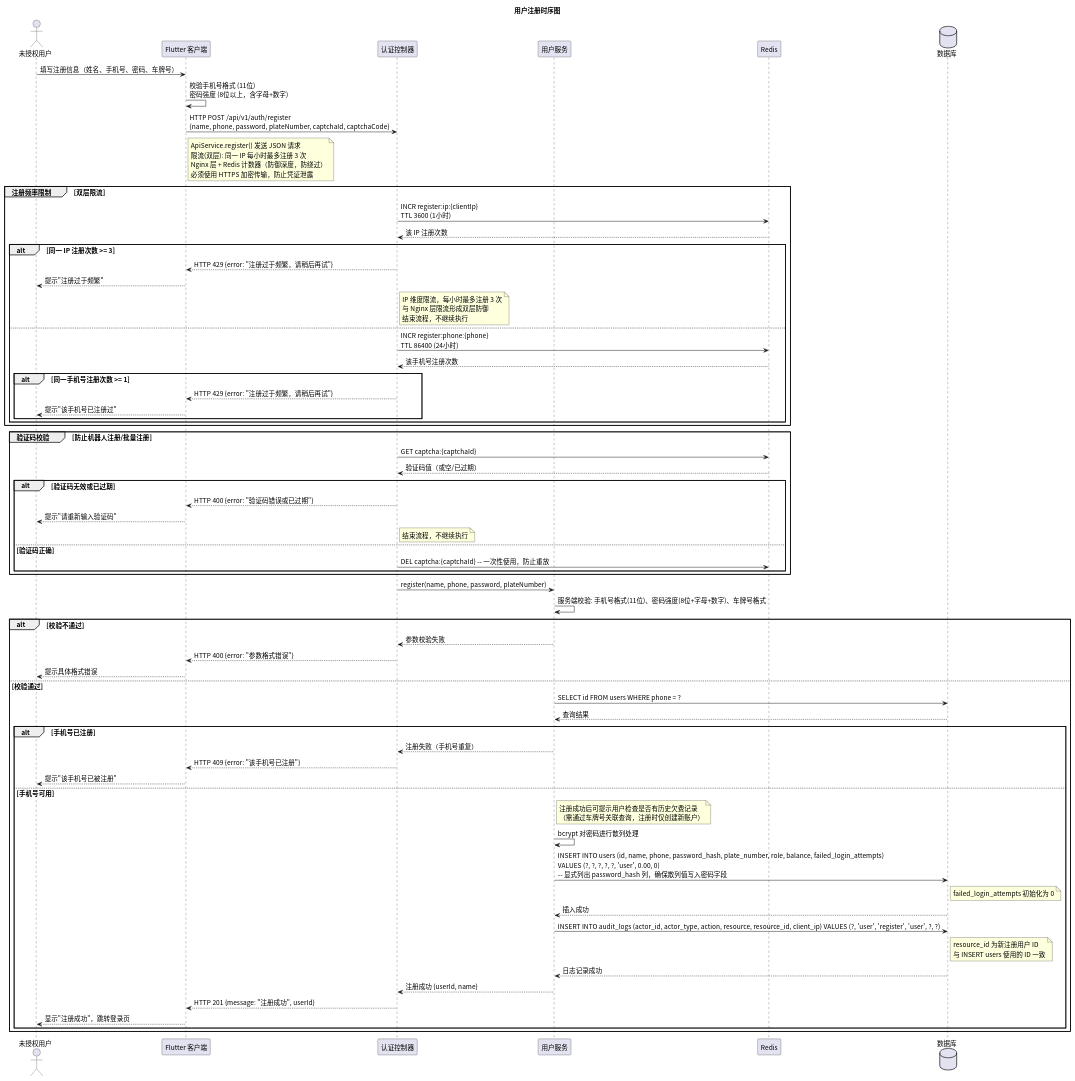
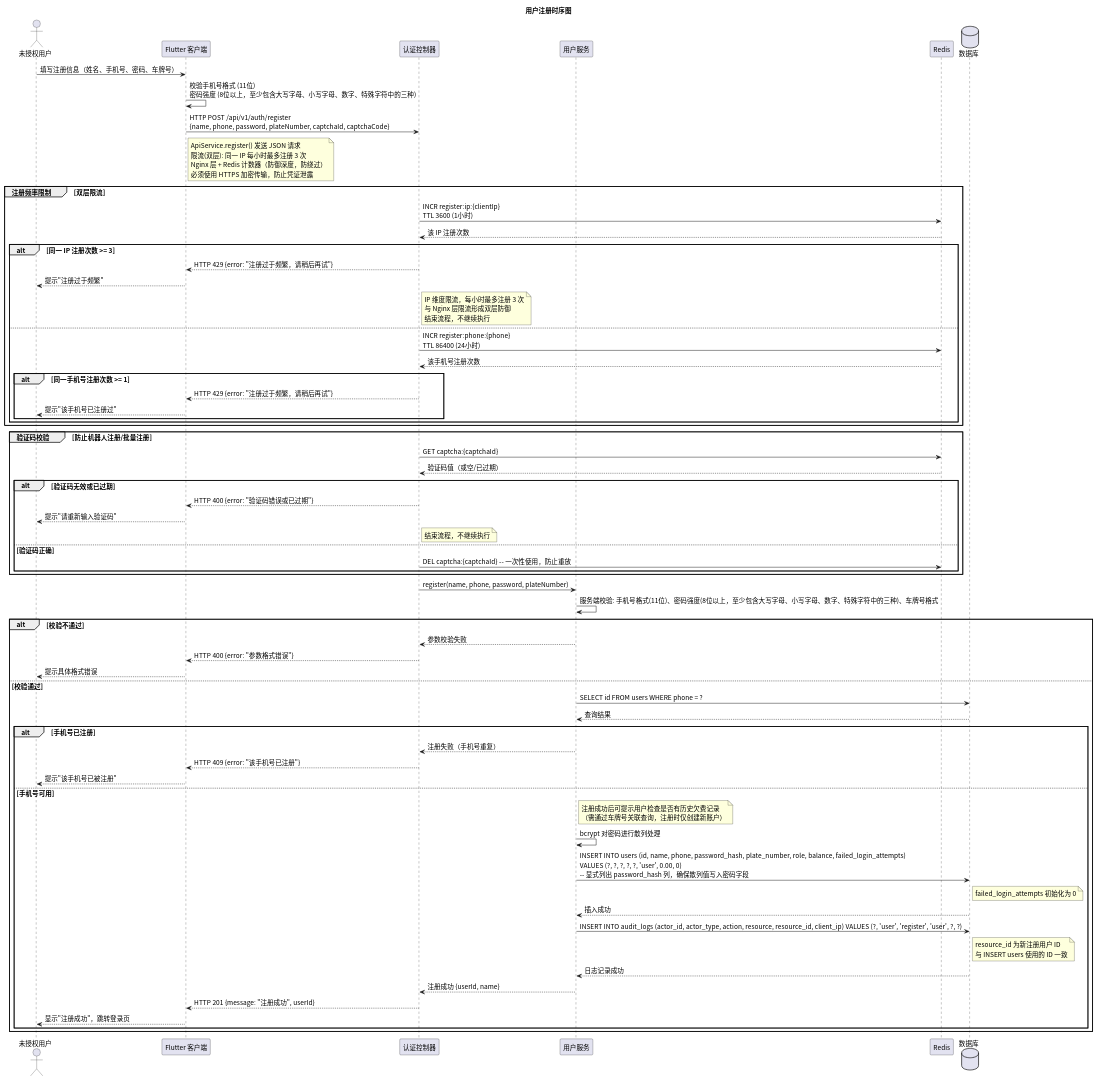
Before and after one commit to greenhandzdl/charging-station-doc: the diagram in time/src/sequence_register.puml, drawn with PlantUML. The commit also changed 32 other files, not shown here.

```diff
--- a/time/src/sequence_register.puml
+++ b/time/src/sequence_register.puml
@@ -1,80 +1,80 @@
 @startuml
 skinparam defaultFontName "Noto Sans CJK SC"
 skinparam defaultFontSize 14
 title 用户注册时序图
 
 ' 所有 SQL 操作使用 PreparedStatement 参数绑定，禁止字符串拼接
 actor 未授权用户 as U
 participant "Flutter 客户端" as FE
 participant "认证控制器" as Ctrl
 participant "用户服务" as US
 participant "Redis" as Cache
 database 数据库 as DB
 
 U -> FE: 填写注册信息（姓名、手机号、密码、车牌号）
-FE -> FE: 校验手机号格式 (11位)\n密码强度 (8位以上，含字母+数字)
+FE -> FE: 校验手机号格式 (11位)\n密码强度 (8位以上，至少包含大写字母、小写字母、数字、特殊字符中的三种)
 FE -> Ctrl: HTTP POST /api/v1/auth/register\n{name, phone, password, plateNumber, captchaId, captchaCode}
 note right FE : ApiService.register() 发送 JSON 请求\n限流(双层): 同一 IP 每小时最多注册 3 次\nNginx 层 + Redis 计数器（防御深度，防绕过）\n必须使用 HTTPS 加密传输，防止凭证泄露
 
 
 group 注册频率限制 [双层限流]
   Ctrl -> Cache: INCR register:ip:{clientIp}\nTTL 3600 (1小时)
   Cache --> Ctrl: 该 IP 注册次数
 
   alt 同一 IP 注册次数 >= 3
     Ctrl --> FE: HTTP 429 {error: "注册过于频繁，请稍后再试"}
     FE --> U: 提示"注册过于频繁"
     note right Ctrl : IP 维度限流，每小时最多注册 3 次\n与 Nginx 层限流形成双层防御\n结束流程，不继续执行
   else
     Ctrl -> Cache: INCR register:phone:{phone}\nTTL 86400 (24小时)
     Cache --> Ctrl: 该手机号注册次数
     alt 同一手机号注册次数 >= 1
       Ctrl --> FE: HTTP 429 {error: "注册过于频繁，请稍后再试"}
       FE --> U: 提示"该手机号已注册过"
     end
   end
 end
 
 group 验证码校验 [防止机器人注册/批量注册]
   Ctrl -> Cache: GET captcha:{captchaId}
   Cache --> Ctrl: 验证码值（或空/已过期）
 
   alt 验证码无效或已过期
     Ctrl --> FE: HTTP 400 {error: "验证码错误或已过期"}
     FE --> U: 提示"请重新输入验证码"
     note right Ctrl : 结束流程，不继续执行
   else 验证码正确
     Ctrl -> Cache: DEL captcha:{captchaId} -- 一次性使用，防止重放
   end
 end
 
 Ctrl -> US: register(name, phone, password, plateNumber)
-US -> US: 服务端校验: 手机号格式(11位)、密码强度(8位+字母+数字)、车牌号格式
+US -> US: 服务端校验: 手机号格式(11位)、密码强度(8位以上，至少包含大写字母、小写字母、数字、特殊字符中的三种)、车牌号格式
 
 alt 校验不通过
   US --> Ctrl: 参数校验失败
   Ctrl --> FE: HTTP 400 {error: "参数格式错误"}
   FE --> U: 提示具体格式错误
 else 校验通过
   US -> DB: SELECT id FROM users WHERE phone = ?
   DB --> US: 查询结果
 
   alt 手机号已注册
     US --> Ctrl: 注册失败（手机号重复）
     Ctrl --> FE: HTTP 409 {error: "该手机号已注册"}
     FE --> U: 提示"该手机号已被注册"
   else 手机号可用
     note right US : 注册成功后可提示用户检查是否有历史欠费记录\n（需通过车牌号关联查询，注册时仅创建新账户）
     US -> US: bcrypt 对密码进行散列处理
     US -> DB: INSERT INTO users (id, name, phone, password_hash, plate_number, role, balance, failed_login_attempts)\nVALUES (?, ?, ?, ?, ?, 'user', 0.00, 0)\n-- 显式列出 password_hash 列，确保散列值写入密码字段
     note right DB : failed_login_attempts 初始化为 0
     DB --> US: 插入成功
     US -> DB: INSERT INTO audit_logs (actor_id, actor_type, action, resource, resource_id, client_ip) VALUES (?, 'user', 'register', 'user', ?, ?)
     note right DB : resource_id 为新注册用户 ID\n与 INSERT users 使用的 ID 一致
     DB --> US: 日志记录成功
     US --> Ctrl: 注册成功 {userId, name}
     Ctrl --> FE: HTTP 201 {message: "注册成功", userId}
     FE --> U: 显示"注册成功"，跳转登录页
   end
 end
 @enduml
```
